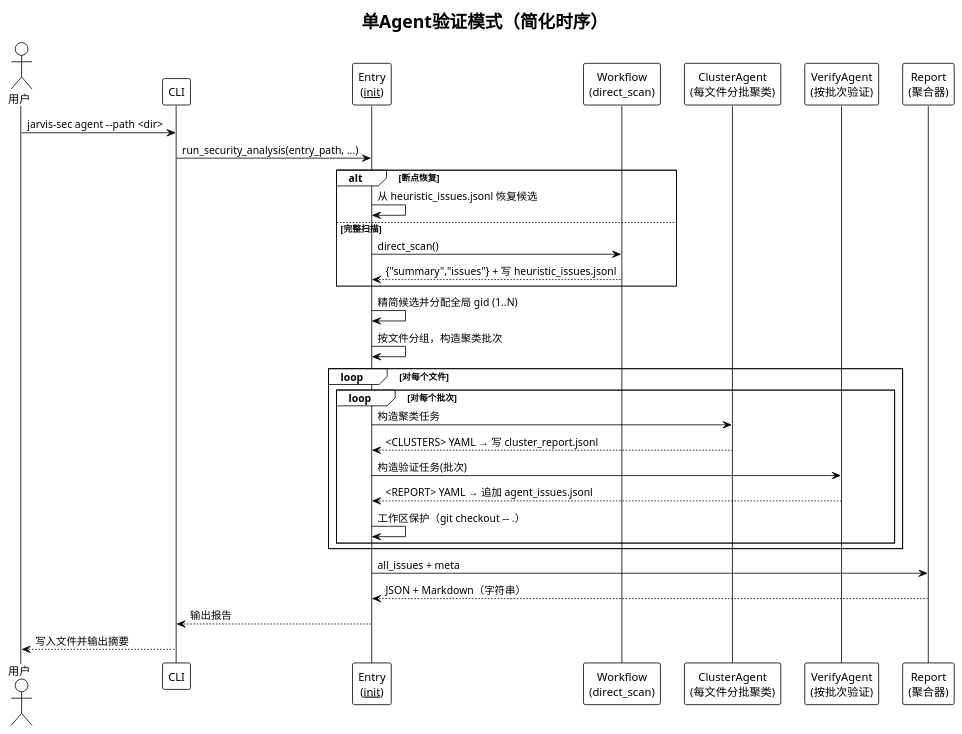
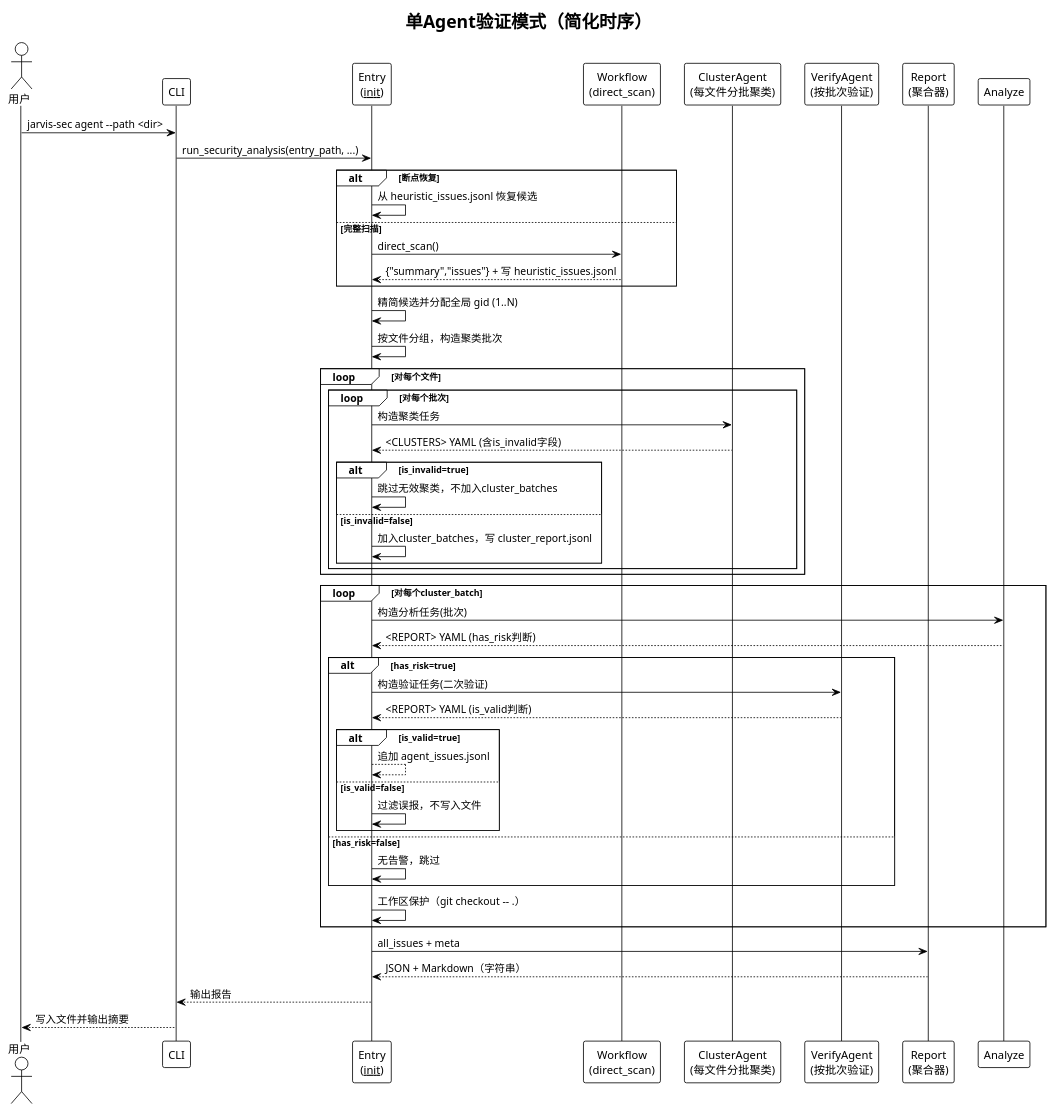
Diagram 35 of 60 in 技术报告.md (skyfireitdiy/Jarvis), drawn with PlantUML before and after one commit. The commit also changed other lines of this file and 1 other file, not shown here.

````diff
--- a/技术报告.md
+++ b/技术报告.md
@@ -3139,43 +3164,64 @@
 ```plantuml
 @startuml
 !theme plain
 title 单Agent验证模式（简化时序）
 
 actor 用户 as User
 participant "CLI" as CLI
 participant "Entry\n(__init__)" as Entry
 participant "Workflow\n(direct_scan)" as Scan
 participant "ClusterAgent\n(每文件分批聚类)" as Cluster
 participant "VerifyAgent\n(按批次验证)" as Verify
 participant "Report\n(聚合器)" as Report
 
 User -> CLI : jarvis-sec agent --path <dir>
 CLI -> Entry : run_security_analysis(entry_path, ...)
 
 alt 断点恢复
   Entry -> Entry : 从 heuristic_issues.jsonl 恢复候选
 else 完整扫描
   Entry -> Scan : direct_scan()
   Scan --> Entry : {"summary","issues"} + 写 heuristic_issues.jsonl
 end
 
 Entry -> Entry : 精简候选并分配全局 gid (1..N)
 
 Entry -> Entry : 按文件分组，构造聚类批次
 
+' 阶段2: 聚类（先完成所有聚类）
 loop 对每个文件
   loop 对每个批次
     Entry -> Cluster : 构造聚类任务
-    Cluster --> Entry : <CLUSTERS> YAML → 写 cluster_report.jsonl
-    Entry -> Verify : 构造验证任务(批次)
-    Verify --> Entry : <REPORT> YAML → 追加 agent_issues.jsonl
-    Entry -> Entry : 工作区保护（git checkout -- .）
+    Cluster --> Entry : <CLUSTERS> YAML (含is_invalid字段)
+    alt is_invalid=true
+      Entry -> Entry : 跳过无效聚类，不加入cluster_batches
+    else is_invalid=false
+      Entry -> Entry : 加入cluster_batches，写 cluster_report.jsonl
+    end
   end
+end
+
+' 阶段3: 分析（遍历所有聚类批次）
+loop 对每个cluster_batch
+  Entry -> Analyze : 构造分析任务(批次)
+  Analyze --> Entry : <REPORT> YAML (has_risk判断)
+  alt has_risk=true
+    Entry -> Verify : 构造验证任务(二次验证)
+    Verify --> Entry : <REPORT> YAML (is_valid判断)
+    alt is_valid=true
+      Entry --> Entry : 追加 agent_issues.jsonl
+    else is_valid=false
+      Entry -> Entry : 过滤误报，不写入文件
+    end
+  else has_risk=false
+    Entry -> Entry : 无告警，跳过
+  end
+  Entry -> Entry : 工作区保护（git checkout -- .）
 end
 
 Entry -> Report : all_issues + meta
 Report --> Entry : JSON + Markdown（字符串）
 Entry --> CLI : 输出报告
 CLI --> User : 写入文件并输出摘要
 @enduml
 ```
````
